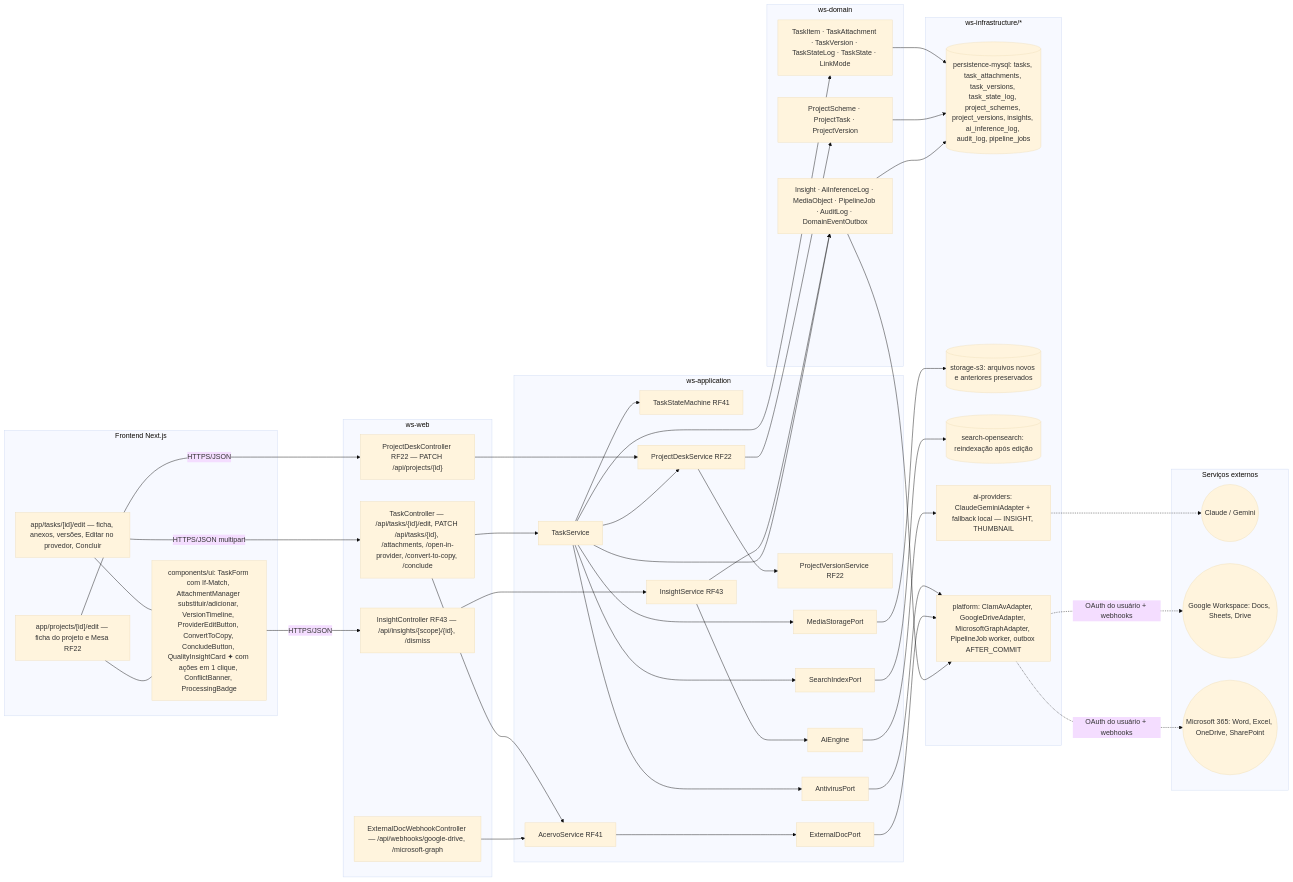
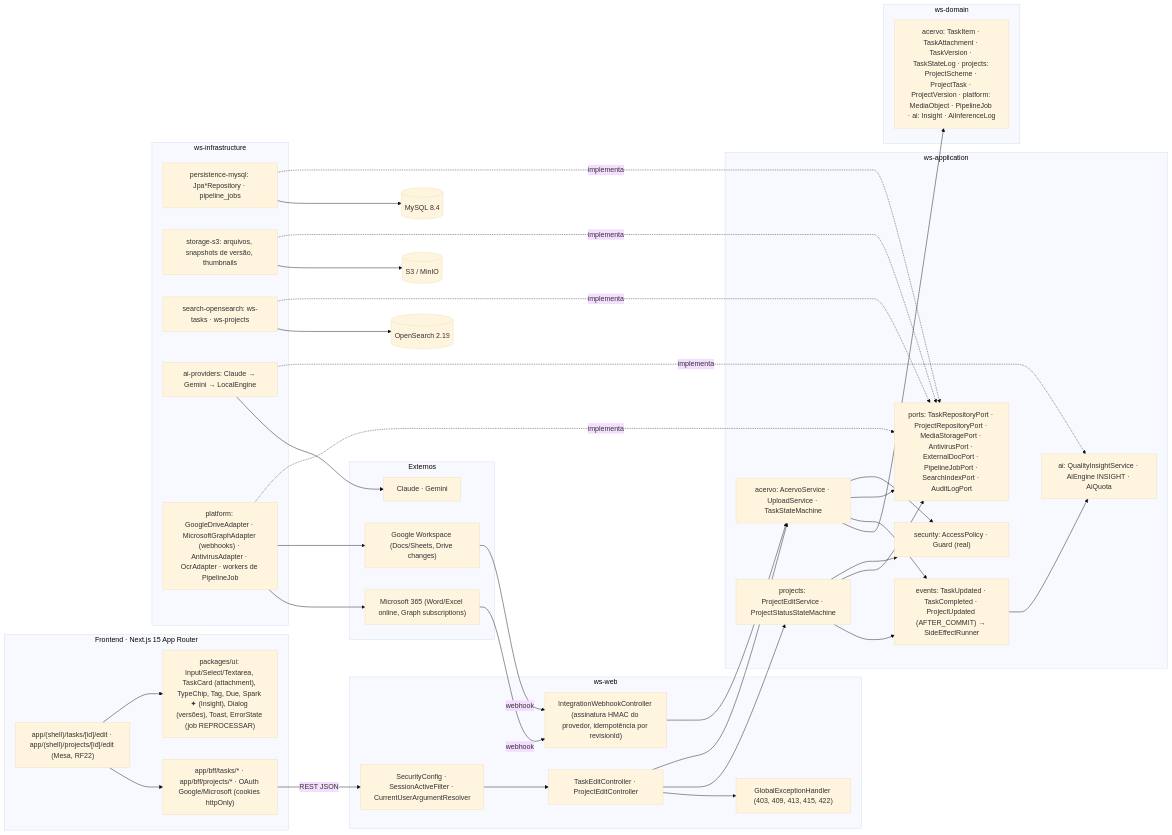
Before and after one commit to MatheusHaliski/Decia-app-2026: the fifth of 5 diagrams in docs/diagramas/RF8/README.md, drawn with Mermaid (base theme). The commit also changed other lines of this file and 4 other files, not shown here.

First line of the commit message:
docs(diagramas): reescreve RF6–RF9 (perfil empresarial, abrir tarefa do projeto, editar arquivos, equipe do chefe)

````diff
--- a/docs/diagramas/RF8/README.md
+++ b/docs/diagramas/RF8/README.md
@@ -648,84 +484,64 @@
 ```mermaid
 flowchart LR
-  subgraph FE["Frontend Next.js"]
-    F1["app/tasks/[id]/edit — ficha, anexos, versões, Editar no provedor, Concluir"]
-    F2["app/projects/[id]/edit — ficha do projeto e Mesa RF22"]
-    F3["components/ui: TaskForm com If-Match, AttachmentManager substituir/adicionar, VersionTimeline, ProviderEditButton, ConvertToCopy, ConcludeButton, QualityInsightCard ✦ com ações em 1 clique, ConflictBanner, ProcessingBadge"]
+  subgraph FE["Frontend · Next.js 15 App Router"]
+    PG["app/(shell)/tasks/[id]/edit · app/(shell)/projects/[id]/edit (Mesa, RF22)"]
+    UI["packages/ui: Input/Select/Textarea, TaskCard (attachment), TypeChip, Tag, Due, Spark ✦ (Insight), Dialog (versões), Toast, ErrorState (job REPROCESSAR)"]
+    BFF["app/bff/tasks/* · app/bff/projects/* · OAuth Google/Microsoft (cookies httpOnly)"]
+    PG --> UI
+    PG --> BFF
+  end
+  subgraph WSWEB["ws-web"]
+    SEC["SecurityConfig · SessionActiveFilter · CurrentUserArgumentResolver"]
+    TC["TaskEditController · ProjectEditController"]
+    WH["IntegrationWebhookController (assinatura HMAC do provedor, idempotência por revisionId)"]
+    GEH["GlobalExceptionHandler (403, 409, 413, 415, 422)"]
+  end
+  subgraph WSAPP["ws-application"]
+    ACV["acervo: AcervoService · UploadService · TaskStateMachine"]
+    PRJ["projects: ProjectEditService · ProjectStatusStateMachine"]
+    AIE["ai: QualityInsightService · AiEngine INSIGHT · AiQuota"]
+    SECU["security: AccessPolicy · Guard (real)"]
+    PORTS["ports: TaskRepositoryPort · ProjectRepositoryPort · MediaStoragePort · AntivirusPort · ExternalDocPort · PipelineJobPort · SearchIndexPort · AuditLogPort"]
+    EVT["events: TaskUpdated · TaskCompleted · ProjectUpdated (AFTER_COMMIT) → SideEffectRunner"]
+    ACV --> SECU
+    ACV --> PORTS
+    ACV --> EVT
+    PRJ --> SECU
+    PRJ --> PORTS
+    PRJ --> EVT
+    EVT --> AIE
+  end
+  subgraph WSDOM["ws-domain"]
+    DOM["acervo: TaskItem · TaskAttachment · TaskVersion · TaskStateLog · projects: ProjectScheme · ProjectTask · ProjectVersion · platform: MediaObject · PipelineJob · ai: Insight · AiInferenceLog"]
+  end
+  subgraph INFRA["ws-infrastructure"]
+    MY["persistence-mysql: Jpa*Repository · pipeline_jobs"]
+    S3["storage-s3: arquivos, snapshots de versão, thumbnails"]
+    OSE["search-opensearch: ws-tasks · ws-projects"]
+    AIP["ai-providers: Claude → Gemini → LocalEngine"]
+    PLT["platform: GoogleDriveAdapter · MicrosoftGraphAdapter (webhooks) · AntivirusAdapter · OcrAdapter · workers de PipelineJob"]
+  end
+  subgraph EXT["Externos"]
+    GW["Google Workspace (Docs/Sheets, Drive changes)"]
+    M365["Microsoft 365 (Word/Excel online, Graph subscriptions)"]
+    CL["Claude · Gemini"]
   end
 
-  subgraph WEB["ws-web"]
-    C1["TaskController — /api/tasks/{id}/edit, PATCH /api/tasks/{id}, /attachments, /open-in-provider, /convert-to-copy, /conclude"]
-    C2["ProjectDeskController RF22 — PATCH /api/projects/{id}"]
-    C3["InsightController RF43 — /api/insights/{scope}/{id}, /dismiss"]
-    C4["ExternalDocWebhookController — /api/webhooks/google-drive, /microsoft-graph"]
-  end
-
-  subgraph APP["ws-application"]
-    S1["TaskService"]
-    S2["AcervoService RF41"]
-    S3["TaskStateMachine RF41"]
-    S4["ProjectDeskService RF22"]
-    S5["ProjectVersionService RF22"]
-    S6["InsightService RF43"]
-    S7["AiEngine"]
-    P1["MediaStoragePort"]
-    P2["AntivirusPort"]
-    P3["ExternalDocPort"]
-    P4["SearchIndexPort"]
-  end
-
-  subgraph DOM["ws-domain"]
-    D1["TaskItem · TaskAttachment · TaskVersion · TaskStateLog · TaskState · LinkMode"]
-    D2["ProjectScheme · ProjectTask · ProjectVersion"]
-    D3["Insight · AiInferenceLog · MediaObject · PipelineJob · AuditLog · DomainEventOutbox"]
-  end
-
-  subgraph INFRA["ws-infrastructure/*"]
-    I1[("persistence-mysql: tasks, task_attachments, task_versions, task_state_log, project_schemes, project_versions, insights, ai_inference_log, audit_log, pipeline_jobs")]
-    I2[("storage-s3: arquivos novos e anteriores preservados")]
-    I3[("search-opensearch: reindexação após edição")]
-    I4["ai-providers: ClaudeGeminiAdapter + fallback local — INSIGHT, THUMBNAIL"]
-    I5["platform: ClamAvAdapter, GoogleDriveAdapter, MicrosoftGraphAdapter, PipelineJob worker, outbox AFTER_COMMIT"]
-  end
-
-  subgraph EXT["Serviços externos"]
-    E1(("Claude / Gemini"))
-    E2(("Google Workspace: Docs, Sheets, Drive"))
-    E3(("Microsoft 365: Word, Excel, OneDrive, SharePoint"))
-  end
-
-  F1 --- F3
-  F2 --- F3
-  F1 -->|"HTTPS/JSON multipart"| C1
-  F2 -->|"HTTPS/JSON"| C2
-  F3 -->|"HTTPS/JSON"| C3
-  C1 --> S1
-  C1 --> S2
-  C2 --> S4
-  C3 --> S6
-  C4 --> S2
-  S1 --> S3
-  S1 --> S4
-  S1 --> P1
-  S1 --> P2
-  S1 --> P4
-  S2 --> P3
-  S4 --> S5
-  S6 --> S7
-  S1 --> D1
-  S4 --> D2
-  S6 --> D3
-  S1 --> D3
-  D1 --> I1
-  D2 --> I1
-  D3 --> I1
-  P1 --> I2
-  P4 --> I3
-  S7 --> I4
-  P2 --> I5
-  P3 --> I5
-  D3 --> I5
-  I4 -.-> E1
-  I5 -.->|"OAuth do usuário + webhooks"| E2
-  I5 -.->|"OAuth do usuário + webhooks"| E3
+  BFF -->|"REST JSON"| SEC --> TC --> ACV
+  TC --> PRJ
+  GW -->|"webhook"| WH --> ACV
+  M365 -->|"webhook"| WH
+  TC --> GEH
+  MY -.implementa.-> PORTS
+  S3 -.implementa.-> PORTS
+  OSE -.implementa.-> PORTS
+  PLT -.implementa.-> PORTS
+  AIP -.implementa.-> AIE
+  ACV --> DOM
+  PLT --> GW
+  PLT --> M365
+  AIP --> CL
+  MY --> DB[("MySQL 8.4")]
+  S3 --> MINIO[("S3 / MinIO")]
+  OSE --> OSX[("OpenSearch 2.19")]
 ```
````
